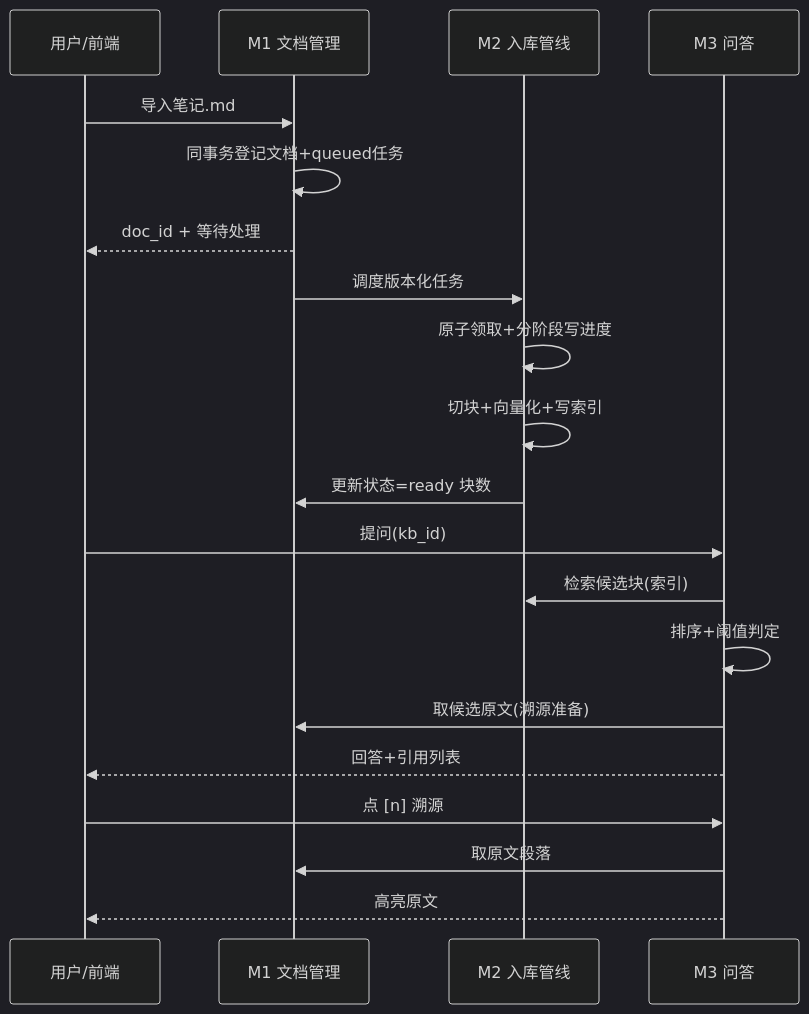
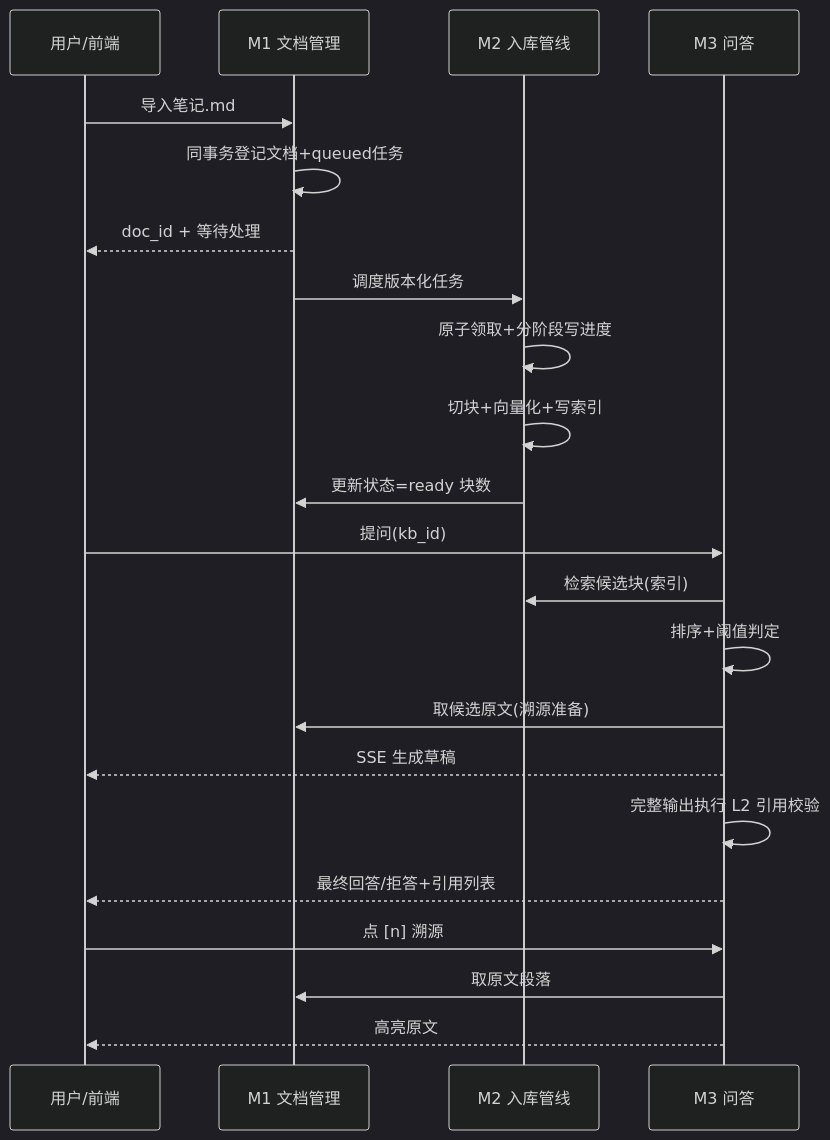
The second of 2 diagrams in docs/design/02-modules.md (One-29/personal-knowledge-base), drawn with Mermaid (dark theme) before and after one commit. The commit also changed other lines of this file and 22 other files, not shown here.

````diff
--- a/docs/design/02-modules.md
+++ b/docs/design/02-modules.md
@@ -116,22 +116,24 @@
 ```mermaid
 sequenceDiagram
     participant U as 用户/前端
     participant M1 as M1 文档管理
     participant M2 as M2 入库管线
     participant M3 as M3 问答
     U->>M1: 导入笔记.md
     M1->>M1: 同事务登记文档+queued任务
     M1-->>U: doc_id + 等待处理
     M1->>M2: 调度版本化任务
     M2->>M2: 原子领取+分阶段写进度
     M2->>M2: 切块+向量化+写索引
     M2->>M1: 更新状态=ready 块数
     U->>M3: 提问(kb_id)
     M3->>M2: 检索候选块(索引)
     M3->>M3: 排序+阈值判定
     M3->>M1: 取候选原文(溯源准备)
-    M3-->>U: 回答+引用列表
+    M3-->>U: SSE 生成草稿
+    M3->>M3: 完整输出执行 L2 引用校验
+    M3-->>U: 最终回答/拒答+引用列表
     U->>M3: 点 [n] 溯源
     M3->>M1: 取原文段落
     M3-->>U: 高亮原文
 ```
````
